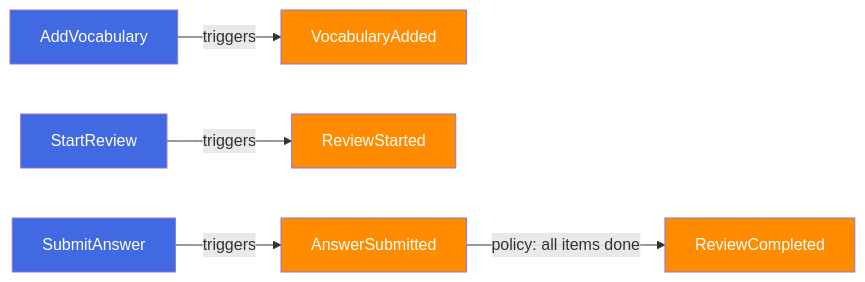
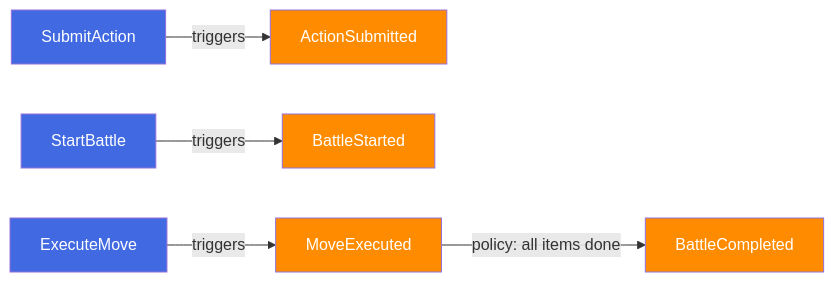
One commit to buddypia/kaiju-voice changed the third of 3 diagrams in .claude/skills/domain-modeler/references/event-storming-patterns.md. Above: the diagram before and after it, drawn with Mermaid. The commit also changed other lines of this file and 353 other files, not shown here.

````diff
--- a/.claude/skills/domain-modeler/references/event-storming-patterns.md
+++ b/.claude/skills/domain-modeler/references/event-storming-patterns.md
@@ -161,15 +161,15 @@
 ```mermaid
 flowchart LR
-    C1[AddVocabulary] -->|triggers| E1[VocabularyAdded]
-    C2[StartReview] -->|triggers| E2[ReviewStarted]
-    C3[SubmitAnswer] -->|triggers| E3[AnswerSubmitted]
-    E3 -->|policy: all items done| E4[ReviewCompleted]
+    C1[SubmitAction] -->|triggers| E1[ActionSubmitted]
+    C2[StartBattle] -->|triggers| E2[BattleStarted]
+    C3[ExecuteMove] -->|triggers| E3[MoveExecuted]
+    E3 -->|policy: all items done| E4[BattleCompleted]
 
     style C1 fill:#4169E1,color:#fff
     style C2 fill:#4169E1,color:#fff
     style C3 fill:#4169E1,color:#fff
     style E1 fill:#FF8C00,color:#fff
     style E2 fill:#FF8C00,color:#fff
     style E3 fill:#FF8C00,color:#fff
     style E4 fill:#FF8C00,color:#fff
 ```
````
